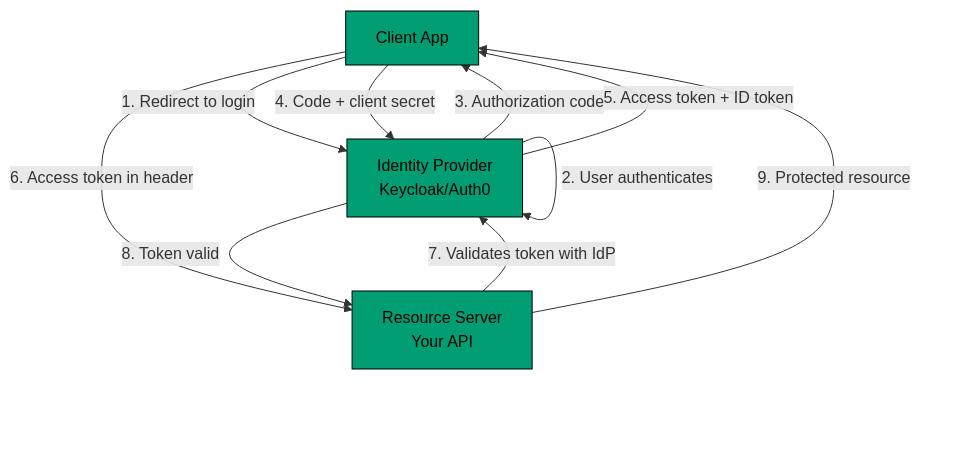
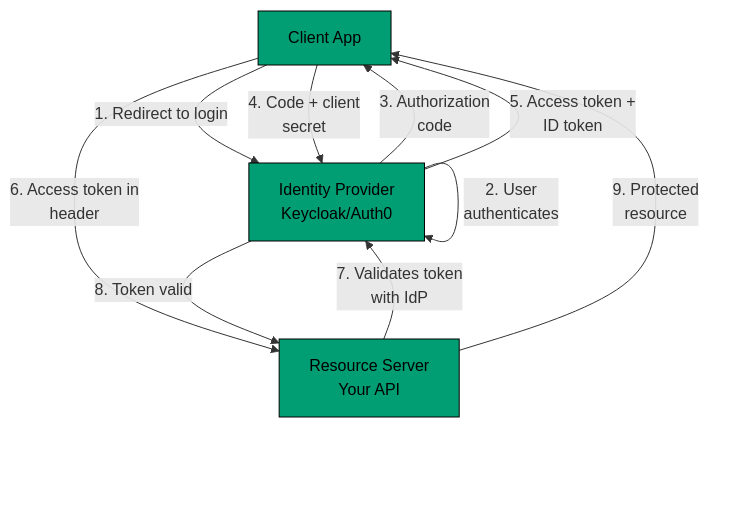
The first of 4 diagrams in repo-governance/conventions/tutorials/in-the-field/guide-structure-part4-oauth-and-database-flow.md (wahidyankf/ose-public), drawn with Mermaid before and after one commit. The commit also changed other lines of this file and 220 other files, not shown here.

First line of the commit message:
docs: split mermaid labels to 20 graphemes and add palette defaults

````diff
--- a/repo-governance/conventions/tutorials/in-the-field/guide-structure-part4-oauth-and-database-flow.md
+++ b/repo-governance/conventions/tutorials/in-the-field/guide-structure-part4-oauth-and-database-flow.md
@@ -10,18 +10,19 @@
 ```mermaid
 %% Color Palette: Blue #0173B2, Orange #DE8F05, Teal #029E73, Purple #CC78BC
 graph TD
     accTitle: Guide Structure Part 4: OAuth and Database Flow Diagrams
     accDescr: Client App leads to Identity Provider Keycloak/Auth0 via 1. Redirect to login; Identity Provider Keycloak/Auth0 leads to Identity Provider Keycloak/Auth0 via 2. User authenticates; and 7 more links.
     C1[Client App] -->|1. Redirect to login| C2[Identity Provider<br/>Keycloak/Auth0]
-    C2 -->|2. User authenticates| C2
-    C2 -->|3. Authorization code| C1
-    C1 -->|4. Code + client secret| C2
-    C2 -->|5. Access token + ID token| C1
-    C1 -->|6. Access token in header| C3[Resource Server<br/>Your API]
-    C3 -->|7. Validates token with IdP| C2
+    C2 -->|2. User<br/>authenticates| C2
+    C2 -->|3. Authorization<br/>code| C1
+    C1 -->|4. Code + client<br/>secret| C2
+    C2 -->|5. Access token +<br/>ID token| C1
+    C1 -->|6. Access token in<br/>header| C3[Resource Server<br/>Your API]
+    C3 -->|7. Validates token<br/>with IdP| C2
     C2 -->|8. Token valid| C3
-    C3 -->|9. Protected resource| C1
+    C3 -->|9. Protected<br/>resource| C1
 
     classDef teal fill:#029E73,stroke:#000000,color:#000000
     class C1,C2,C3 teal
+    classDef default fill:#0173B2,stroke:#000000,color:#FFFFFF
 ```
````
